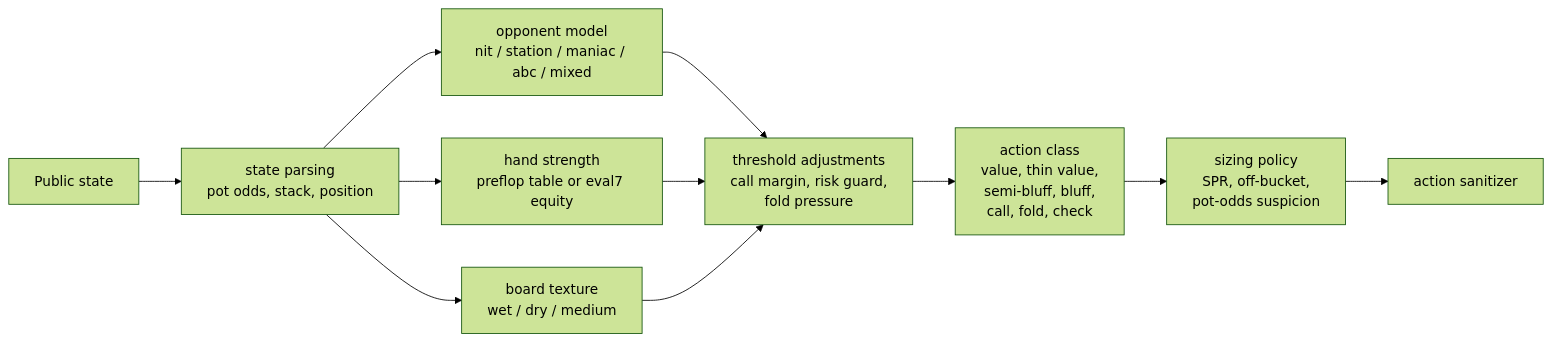
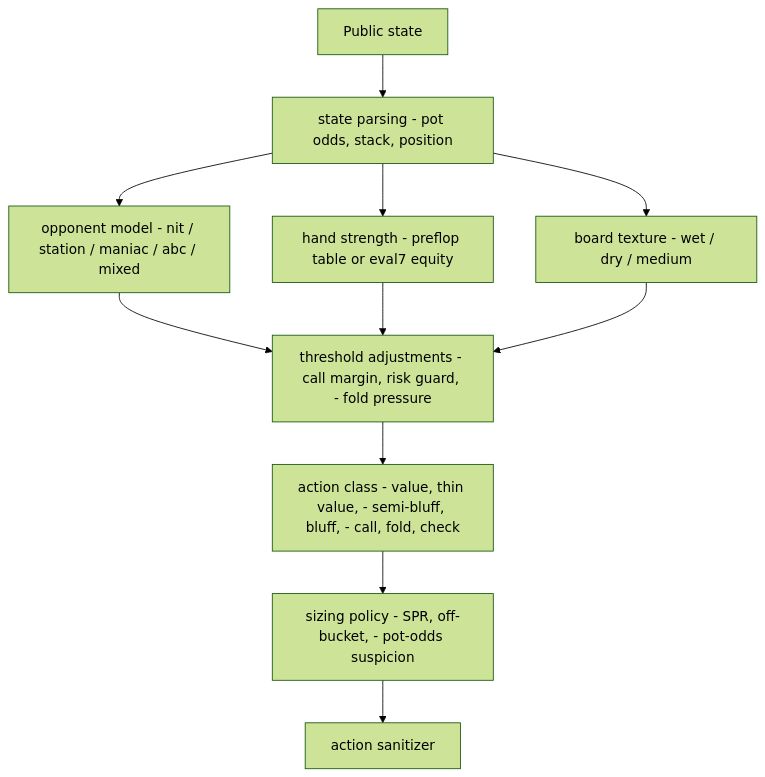
One commit to kosunghun317/fullhouse-engine changed the second of 3 diagrams in docs/heuristic-bot-logic.md. Above: the diagram before and after it, drawn with Mermaid (forest theme). The commit also changed other lines of this file and 13 other files, not shown here.

Commit message:
docs: normalize mermaid diagrams

````diff
--- a/docs/heuristic-bot-logic.md
+++ b/docs/heuristic-bot-logic.md
@@ -73,13 +73,13 @@
 ```mermaid
-graph LR
-    State["Public state"] --> Parse["state parsing\npot odds, stack, position"]
-    Parse --> Opponent["opponent model\nnit / station / maniac / abc / mixed"]
-    Parse --> Strength["hand strength\npreflop table or eval7 equity"]
-    Parse --> Texture["board texture\nwet / dry / medium"]
-    Opponent --> Thresholds["threshold adjustments\ncall margin, risk guard,\nfold pressure"]
+graph TD
+    State["Public state"] --> Parse["state parsing - pot odds, stack, position"]
+    Parse --> Opponent["opponent model - nit / station / maniac / abc / mixed"]
+    Parse --> Strength["hand strength - preflop table or eval7 equity"]
+    Parse --> Texture["board texture - wet / dry / medium"]
+    Opponent --> Thresholds["threshold adjustments - call margin, risk guard, - fold pressure"]
     Strength --> Thresholds
     Texture --> Thresholds
-    Thresholds --> ActionClass["action class\nvalue, thin value,\nsemi-bluff, bluff,\ncall, fold, check"]
-    ActionClass --> Sizing["sizing policy\nSPR, off-bucket,\npot-odds suspicion"]
+    Thresholds --> ActionClass["action class - value, thin value, - semi-bluff, bluff, - call, fold, check"]
+    ActionClass --> Sizing["sizing policy - SPR, off-bucket, - pot-odds suspicion"]
     Sizing --> Sanitizer["action sanitizer"]
 ```
````
